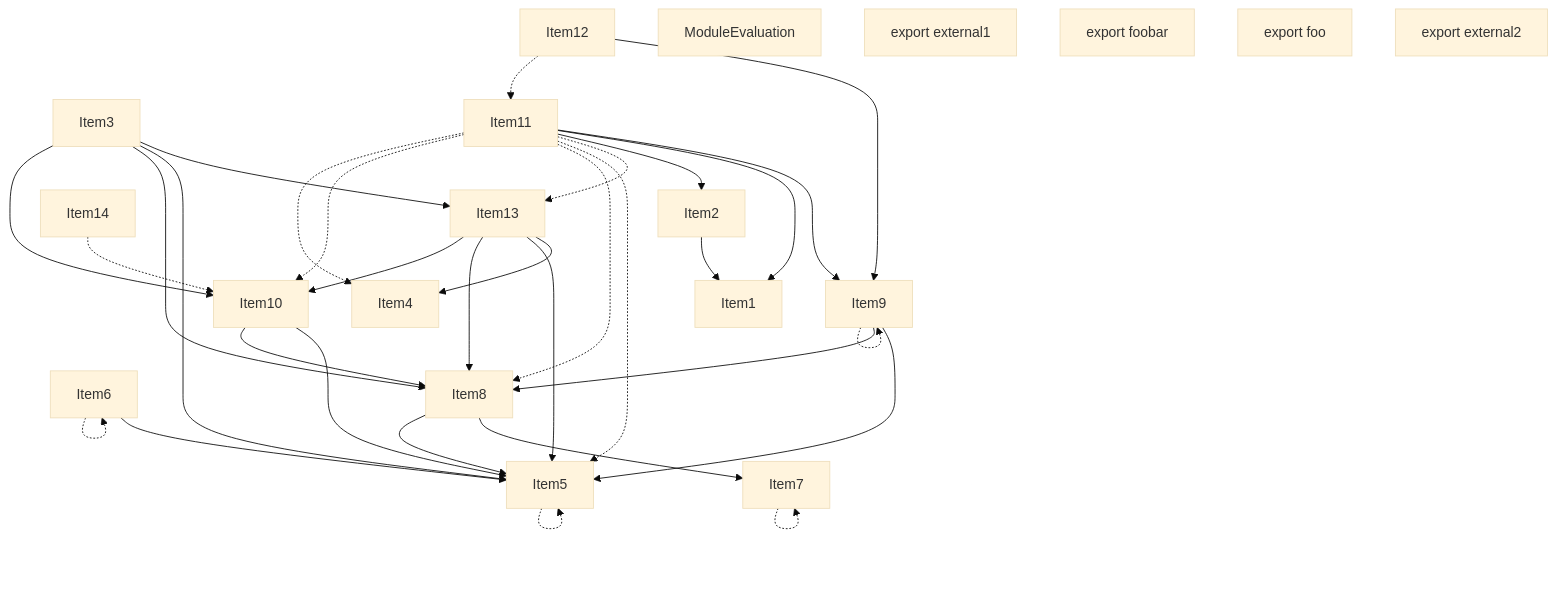
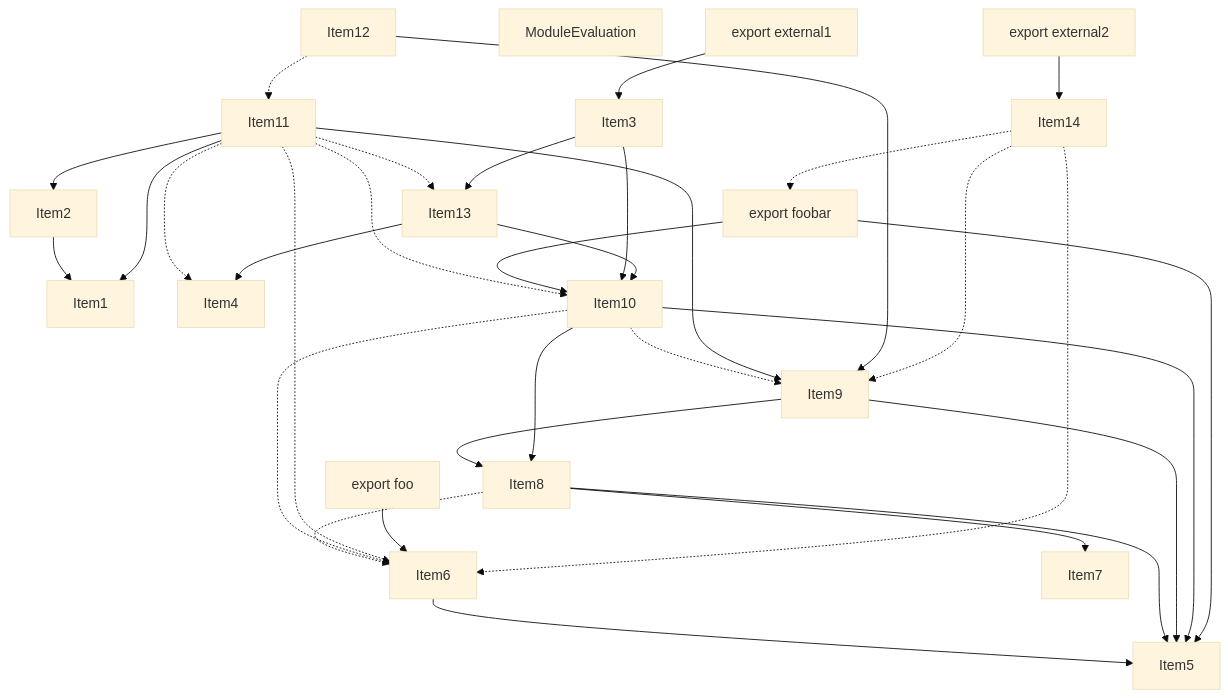
The third of 5 diagrams in crates/turbopack-ecmascript/tests/tree-shaker/analyzer/2/output.md (darkred/turbo), drawn with Mermaid (base theme) before and after one commit. The commit also changed other lines of this file and 22 other files, not shown here.

````diff
--- a/crates/turbopack-ecmascript/tests/tree-shaker/analyzer/2/output.md
+++ b/crates/turbopack-ecmascript/tests/tree-shaker/analyzer/2/output.md
@@ -239,58 +242,59 @@
 ```mermaid
 graph TD
     Item3;
     Item1;
     Item4;
     Item5;
     Item6;
     Item7;
     Item8;
     Item9;
     Item10;
     Item11;
     Item12;
     Item13;
     Item14;
     Item2;
     Item15;
     Item15["ModuleEvaluation"];
     Item16;
     Item16["export external1"];
     Item17;
     Item17["export foobar"];
     Item18;
     Item18["export foo"];
     Item19;
     Item19["export external2"];
     Item2 --> Item1;
-    Item5 -.-> Item5;
     Item6 --> Item5;
-    Item6 -.-> Item6;
-    Item7 -.-> Item7;
     Item8 --> Item7;
     Item8 --> Item5;
+    Item8 -.-> Item6;
+    Item9 --> Item8;
     Item9 --> Item5;
-    Item9 --> Item8;
-    Item9 -.-> Item9;
+    Item10 --> Item8;
     Item10 --> Item5;
-    Item10 --> Item8;
+    Item10 -.-> Item6;
+    Item10 -.-> Item9;
     Item11 --> Item9;
     Item11 --> Item1;
     Item11 --> Item2;
     Item11 -.-> Item13;
-    Item11 -.-> Item5;
-    Item11 -.-> Item8;
     Item11 -.-> Item10;
+    Item11 -.-> Item6;
     Item11 -.-> Item4;
     Item12 --> Item9;
     Item12 -.-> Item11;
+    Item16 --> Item3;
+    Item17 --> Item10;
+    Item17 --> Item5;
+    Item18 --> Item6;
+    Item19 --> Item14;
     Item3 --> Item13;
-    Item3 --> Item5;
-    Item3 --> Item8;
     Item3 --> Item10;
     Item13 --> Item4;
-    Item13 --> Item5;
-    Item13 --> Item8;
     Item13 --> Item10;
-    Item14 -.-> Item10;
+    Item14 -.-> Item6;
+    Item14 -.-> Item9;
+    Item14 -.-> Item17;
 ```
````
